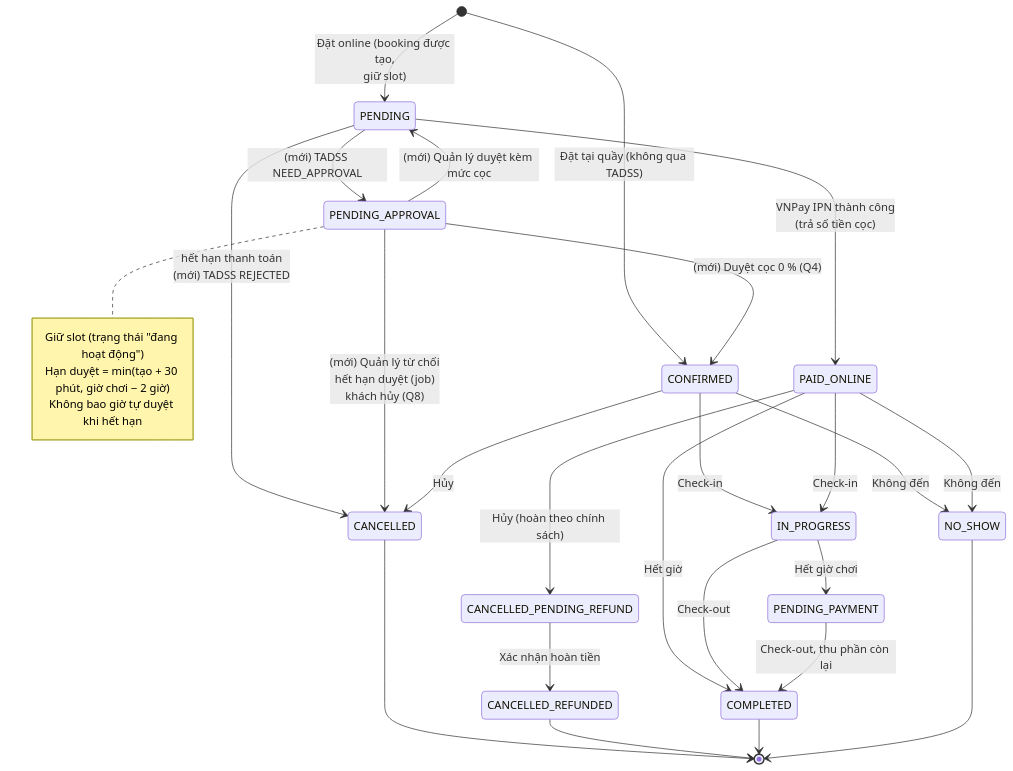
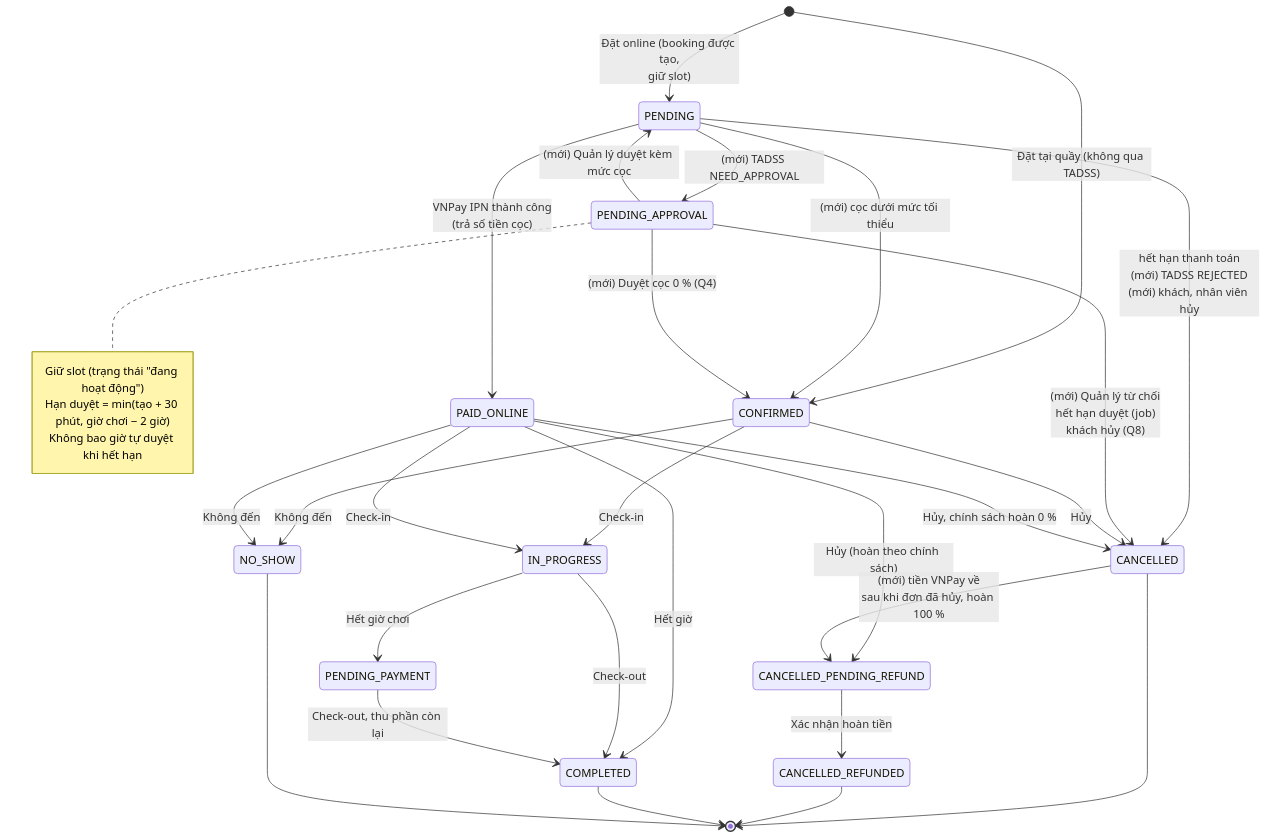
One commit to NguyenThanhTrung-N2T/TrustworthyAdaptiveDecisionSupportSystem-TADSS changed the fourth of 5 diagrams in docs/report/ACTIVITY_AND_STATE_DIAGRAMS.md. Above: the diagram before and after it, drawn with Mermaid. The commit also changed other lines of this file and 9 other files, not shown here.

Commit message:
docs: align Phase 6 design and report docs (login-only online booking, 15-min hold, cancel_reason, payment/cancel sequences)

````diff
--- a/docs/report/ACTIVITY_AND_STATE_DIAGRAMS.md
+++ b/docs/report/ACTIVITY_AND_STATE_DIAGRAMS.md
@@ -142,40 +159,43 @@
 ```mermaid
 stateDiagram-v2
     direction TB
     [*] --> PENDING: Đặt online (booking được tạo,<br/>giữ slot)
     [*] --> CONFIRMED: Đặt tại quầy (không qua TADSS)
 
     PENDING --> PENDING_APPROVAL: (mới) TADSS NEED_APPROVAL
-    PENDING --> CANCELLED: hết hạn thanh toán<br/>(mới) TADSS REJECTED
+    PENDING --> CANCELLED: hết hạn thanh toán<br/>(mới) TADSS REJECTED<br/>(mới) khách, nhân viên hủy
+    PENDING --> CONFIRMED: (mới) cọc dưới mức tối thiểu
     PENDING --> PAID_ONLINE: VNPay IPN thành công<br/>(trả số tiền cọc)
 
     PENDING_APPROVAL --> PENDING: (mới) Quản lý duyệt kèm mức cọc
     PENDING_APPROVAL --> CANCELLED: (mới) Quản lý từ chối<br/>hết hạn duyệt (job)<br/>khách hủy (Q8)
     PENDING_APPROVAL --> CONFIRMED: (mới) Duyệt cọc 0 % (Q4)
 
     CONFIRMED --> IN_PROGRESS: Check-in
     CONFIRMED --> CANCELLED: Hủy
     CONFIRMED --> NO_SHOW: Không đến
 
     PAID_ONLINE --> IN_PROGRESS: Check-in
     PAID_ONLINE --> CANCELLED_PENDING_REFUND: Hủy (hoàn theo chính sách)
+    PAID_ONLINE --> CANCELLED: Hủy, chính sách hoàn 0 %
     PAID_ONLINE --> NO_SHOW: Không đến
     PAID_ONLINE --> COMPLETED: Hết giờ
 
     IN_PROGRESS --> PENDING_PAYMENT: Hết giờ chơi
     IN_PROGRESS --> COMPLETED: Check-out
     PENDING_PAYMENT --> COMPLETED: Check-out, thu phần còn lại
 
     CANCELLED_PENDING_REFUND --> CANCELLED_REFUNDED: Xác nhận hoàn tiền
+    CANCELLED --> CANCELLED_PENDING_REFUND: (mới) tiền VNPay về<br/>sau khi đơn đã hủy, hoàn 100 %
 
     CANCELLED --> [*]
     CANCELLED_REFUNDED --> [*]
     COMPLETED --> [*]
     NO_SHOW --> [*]
 
     note right of PENDING_APPROVAL
         Giữ slot (trạng thái "đang hoạt động")
         Hạn duyệt = min(tạo + 30 phút, giờ chơi − 2 giờ)
         Không bao giờ tự duyệt khi hết hạn
     end note
 ```
````
